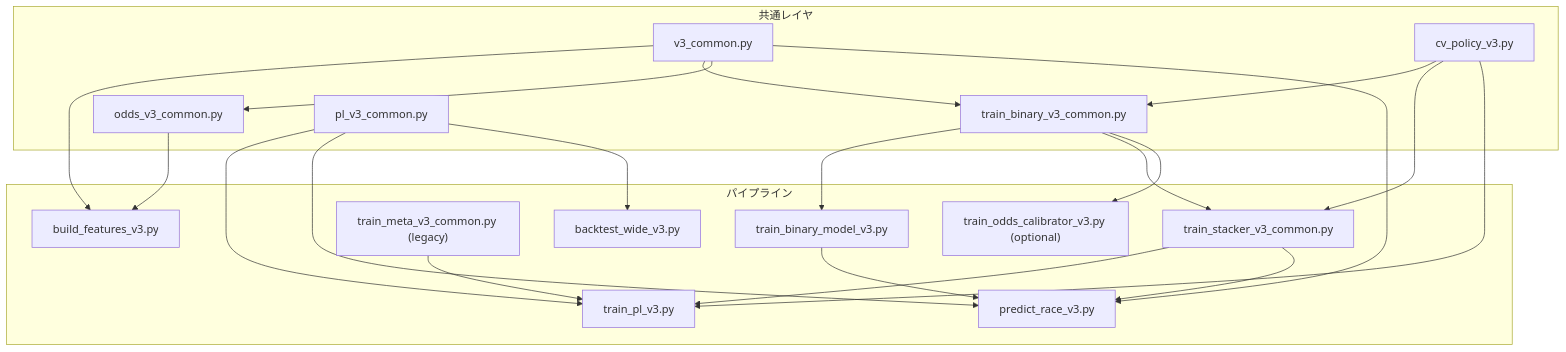
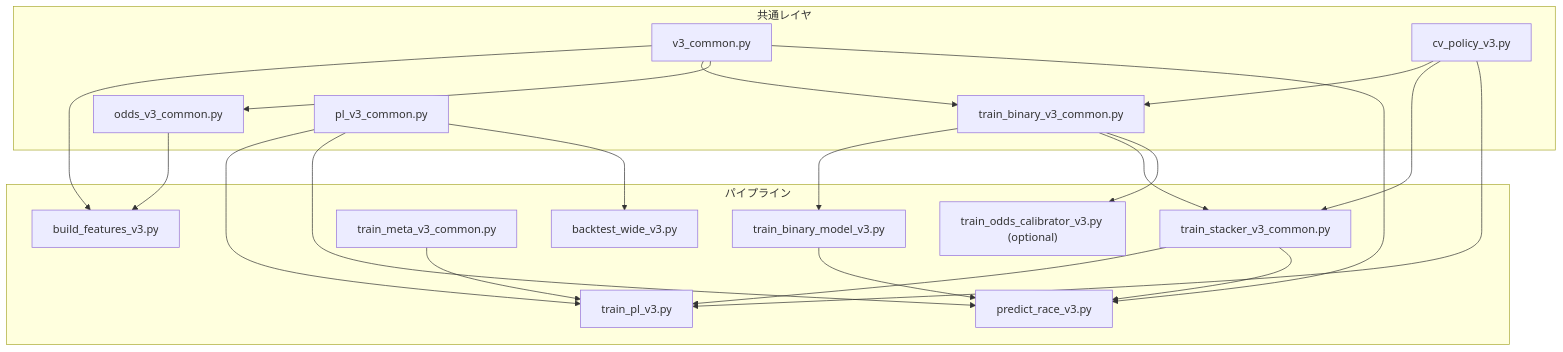
The diagram in docs/specs_v3/v3_01_全体アーキテクチャ.md (ShingoSatou/keiba), drawn with Mermaid before and after one commit. The commit also changed other lines of this file and 13 other files, not shown here.

````diff
--- a/docs/specs_v3/v3_01_全体アーキテクチャ.md
+++ b/docs/specs_v3/v3_01_全体アーキテクチャ.md
@@ -62,40 +61,40 @@
 ```mermaid
 graph TD
     subgraph 共通レイヤ
         VC["v3_common.py"]
         CV["cv_policy_v3.py"]
         TBC["train_binary_v3_common.py"]
         OC["odds_v3_common.py"]
         PLC["pl_v3_common.py"]
     end
 
     subgraph パイプライン
         BF["build_features_v3.py"]
         TBM["train_binary_model_v3.py"]
         TSM["train_stacker_v3_common.py"]
-        TMM["train_meta_v3_common.py (legacy)"]
+        TMM["train_meta_v3_common.py"]
         TOC["train_odds_calibrator_v3.py (optional)"]
         TPL["train_pl_v3.py"]
         PR["predict_race_v3.py"]
         BW["backtest_wide_v3.py"]
     end
 
     VC --> BF
     VC --> TBC
     VC --> OC
     VC --> PR
     CV --> TBC
     CV --> TSM
     CV --> TPL
     OC --> BF
     TBC --> TBM
     TBC --> TSM
     TBC --> TOC
     TSM --> TPL
     TMM --> TPL
     PLC --> TPL
     PLC --> PR
     PLC --> BW
     TBM --> PR
     TSM --> PR
 ```
````
